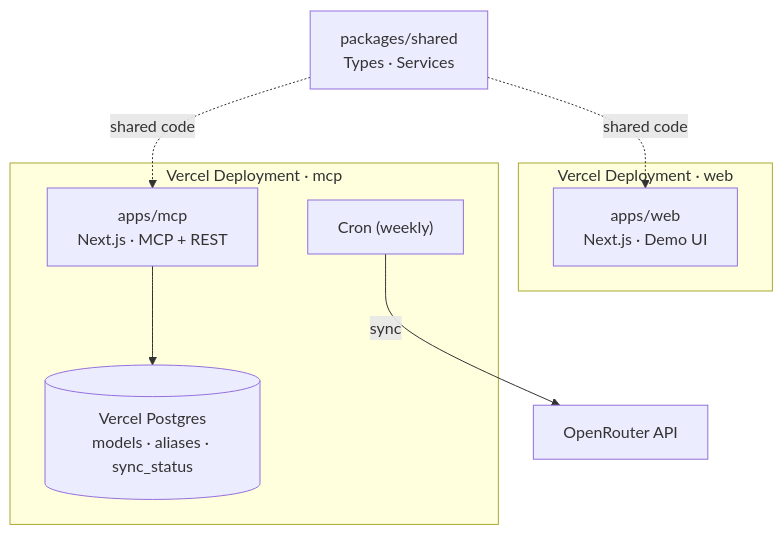
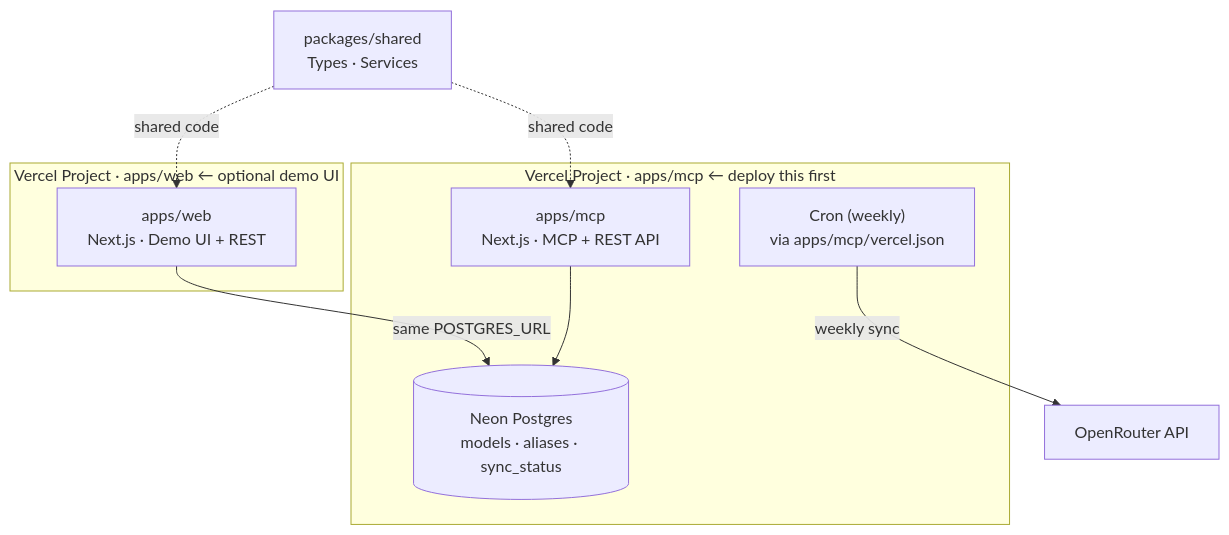
Before and after one commit to tj60647/openrouter-mcp-registry: the diagram in README.md, drawn with Mermaid. The commit also changed other lines of this file and 1 other file, not shown here.

First line of the commit message:
docs: rewrite README and fix vercel.json for accurate two-app Vercel deployment

````diff
--- a/README.md
+++ b/README.md
@@ -23,21 +23,22 @@
 ```mermaid
 graph TD
     shared["packages/shared\nTypes · Services"]
 
-    subgraph web_deploy["Vercel Deployment · web"]
-        webApp["apps/web\nNext.js · Demo UI"]
+    subgraph mcp_deploy["Vercel Project · apps/mcp  ← deploy this first"]
+        mcpApp["apps/mcp\nNext.js · MCP + REST API"]
+        db[("Neon Postgres\nmodels · aliases · sync_status")]
+        cron["Cron (weekly)\nvia apps/mcp/vercel.json"]
     end
 
-    subgraph mcp_deploy["Vercel Deployment · mcp"]
-        mcpApp["apps/mcp\nNext.js · MCP + REST"]
-        db[("Vercel Postgres\nmodels · aliases · sync_status")]
-        cron["Cron (weekly)"]
+    subgraph web_deploy["Vercel Project · apps/web  ← optional demo UI"]
+        webApp["apps/web\nNext.js · Demo UI + REST"]
     end
 
     openrouter["OpenRouter API"]
 
+    shared -.->|shared code| mcpApp
     shared -.->|shared code| webApp
-    shared -.->|shared code| mcpApp
     mcpApp --> db
-    cron -->|sync| openrouter
+    webApp -->|same POSTGRES_URL| db
+    cron -->|weekly sync| openrouter
 ```
````
